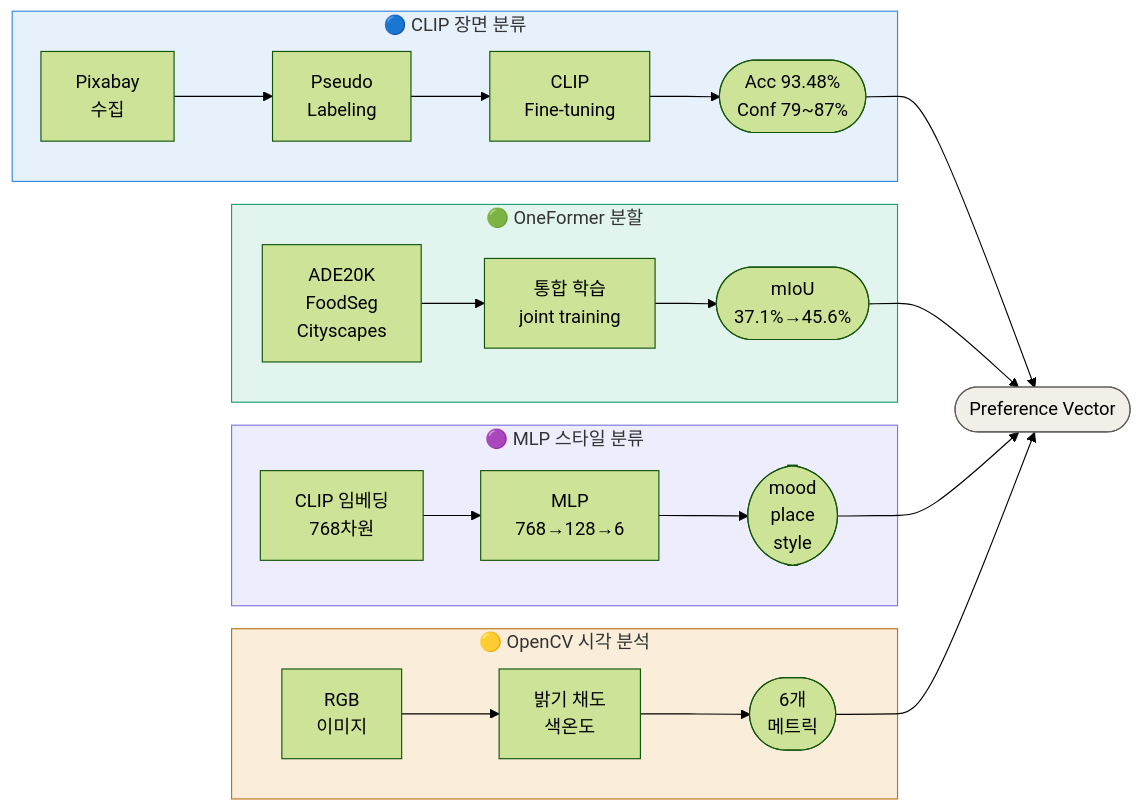
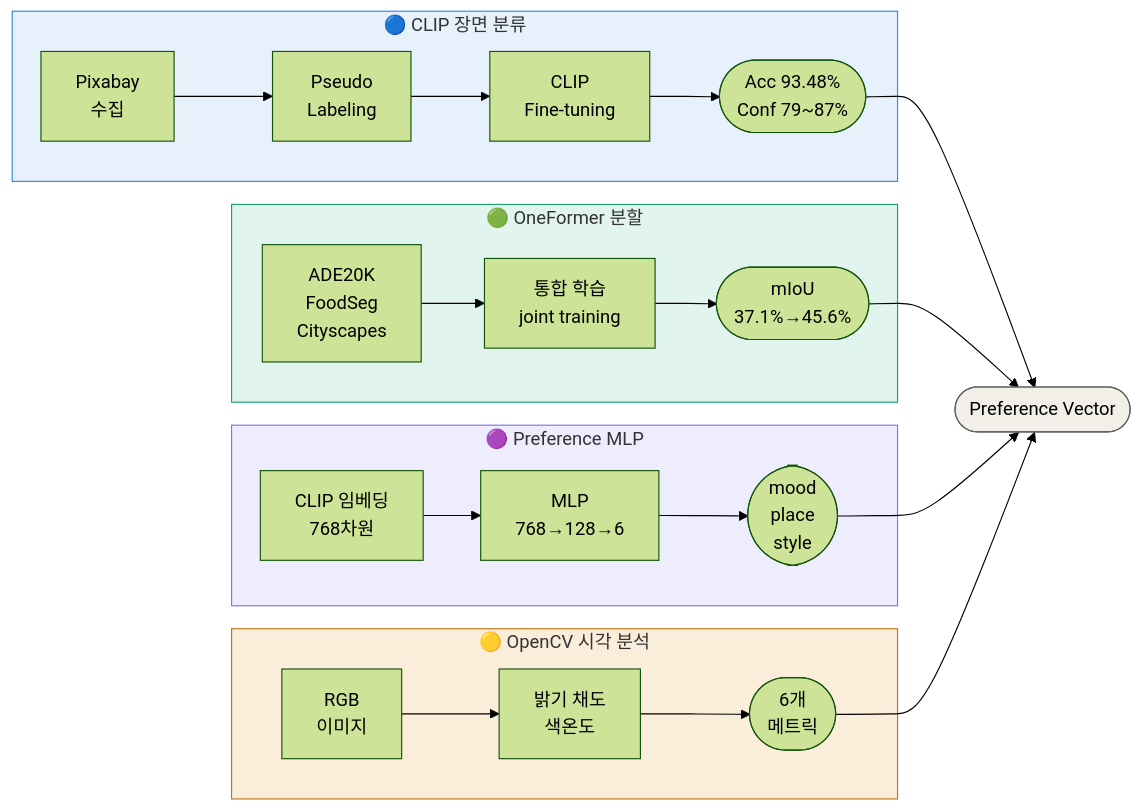
The second of 2 diagrams in README.md (ysnni2/PhotoTrip), drawn with Mermaid (forest theme) before and after one commit. The commit also changed other lines of this file, not shown here.

````diff
--- a/README.md
+++ b/README.md
@@ -343,31 +350,31 @@
 ```mermaid
 flowchart LR
     subgraph CLIP["🔵 CLIP 장면 분류"]
         A["Pixabay\n수집"] --> B["Pseudo\nLabeling"] --> C["CLIP\nFine-tuning"] --> R1(["Acc 93.48%\nConf 79~87%"])
     end
 
     subgraph ONE["🟢 OneFormer 분할"]
         D["ADE20K\nFoodSeg\nCityscapes"] --> E["통합 학습\njoint training"] --> R2(["mIoU\n37.1%→45.6%"])
     end
 
-    subgraph MLP["🟣 MLP 스타일 분류"]
+    subgraph MLP["🟣 Preference MLP"]
         F["CLIP 임베딩\n768차원"] --> G["MLP\n768→128→6"] --> R3(["mood\nplace\nstyle"])
     end
 
     subgraph OCV["🟡 OpenCV 시각 분석"]
         H["RGB\n이미지"] --> I["밝기 채도\n색온도"] --> R4(["6개\n메트릭"])
     end
 
     R1 --> PV
     R2 --> PV
     R3 --> PV
     R4 --> PV
 
     PV(["Preference Vector"])
 
     style CLIP fill:#e6f1fb,stroke:#378add
     style ONE fill:#e1f5ee,stroke:#1d9e75
     style MLP fill:#eeedfe,stroke:#7f77dd
     style OCV fill:#faeeda,stroke:#ba7517
     style PV fill:#f1efe8,stroke:#5f5e5a
 ```
````
